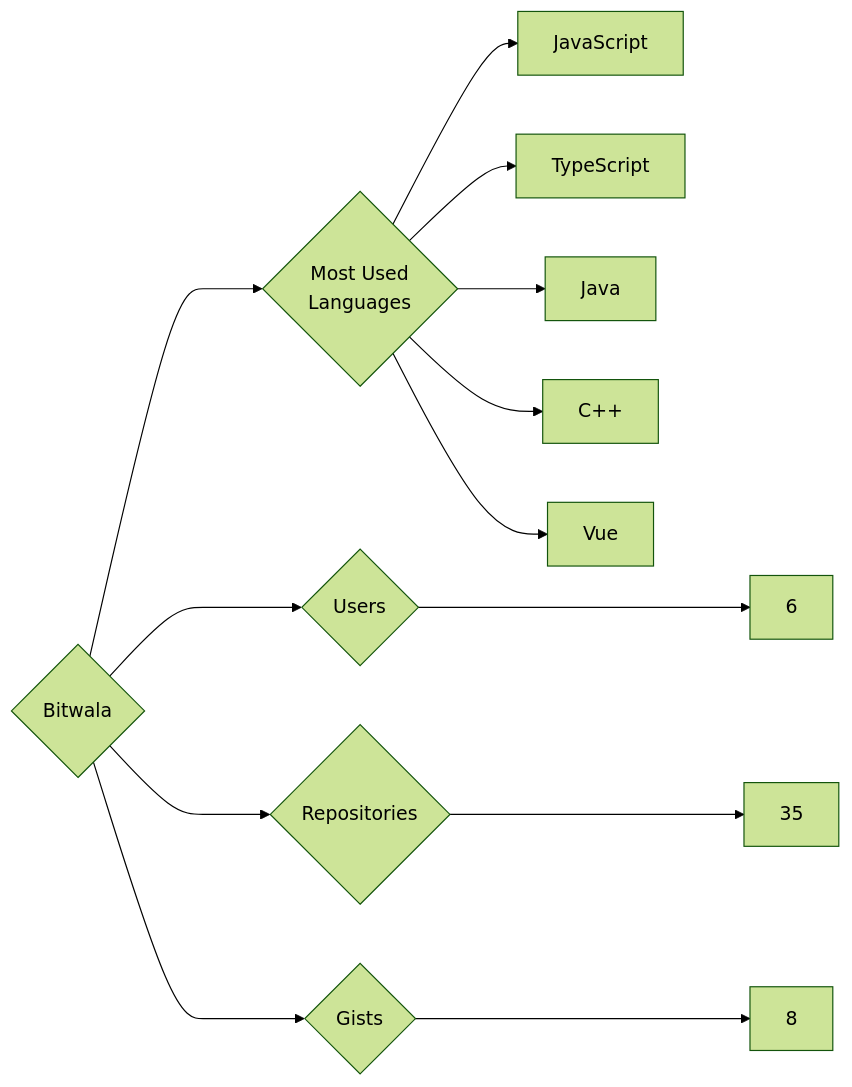
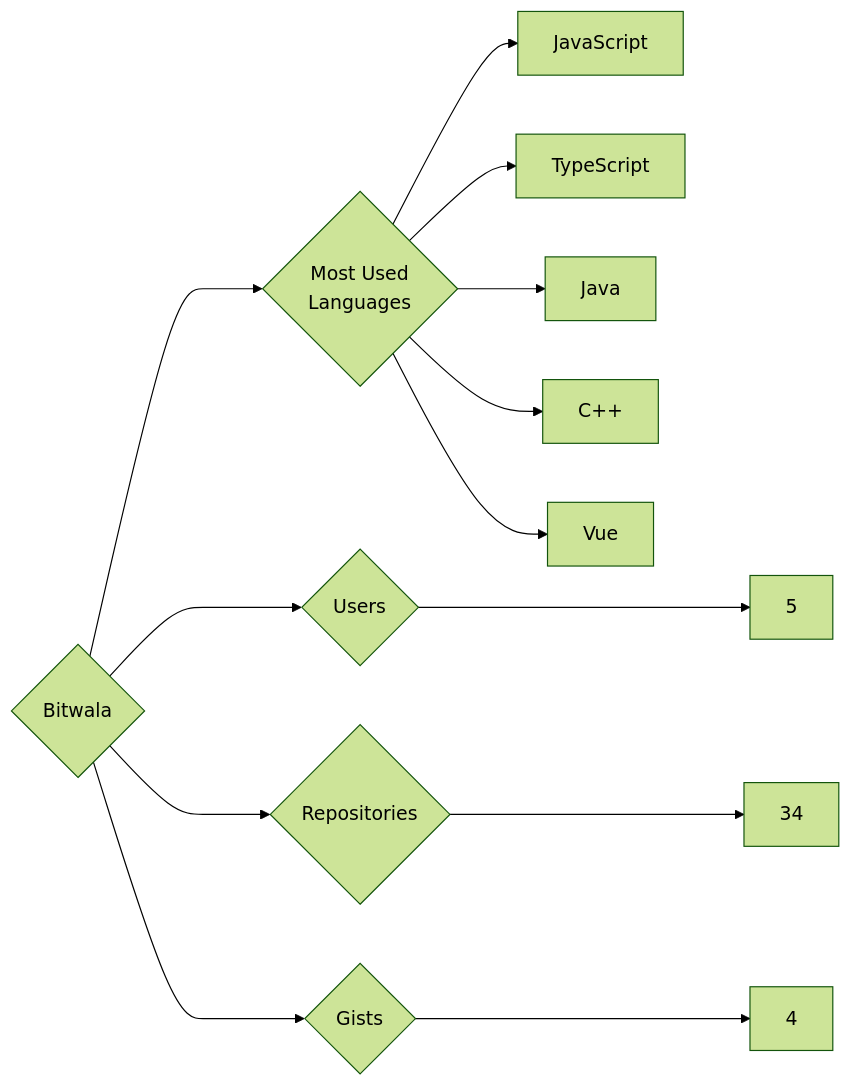
One commit to trickest/insiders changed the diagram in targets/Bitwala/README.md. Above: the diagram before and after it, drawn with Mermaid (forest theme). The commit also changed 1078 other files, not shown here.

````diff
--- a/targets/Bitwala/README.md
+++ b/targets/Bitwala/README.md
@@ -3,13 +3,13 @@
 ```mermaid
 graph LR
 COMPANY_NAME{Bitwala}
-COMPANY_NAME ---> U{Users} ---> UN[6]
-COMPANY_NAME ---> R{Repositories} ---> RN[35]
-COMPANY_NAME ---> G{Gists} ---> GN[8]
+COMPANY_NAME ---> U{Users} ---> UN[5]
+COMPANY_NAME ---> R{Repositories} ---> RN[34]
+COMPANY_NAME ---> G{Gists} ---> GN[4]
 COMPANY_NAME ---> ML{Most Used<br>Languages}
 ML --> JavaScript[JavaScript]
 ML --> TypeScript[TypeScript]
 ML --> Java[Java]
 ML --> C++[C++]
 ML --> Vue[Vue]
 ```
````
